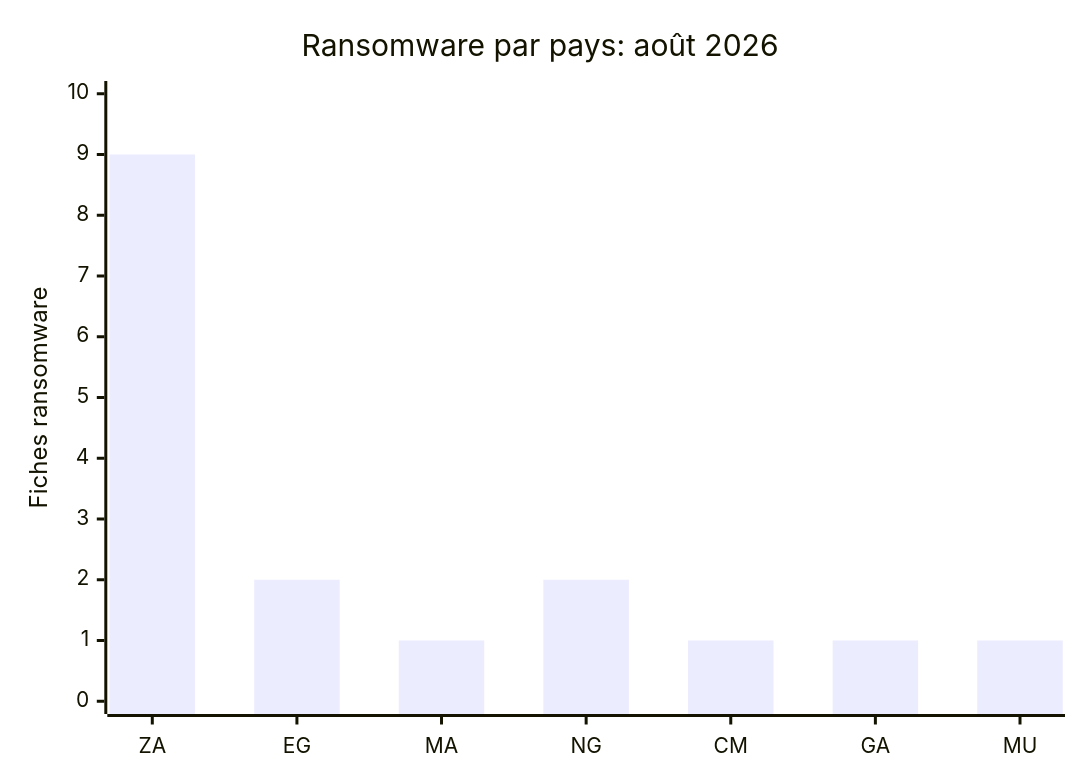
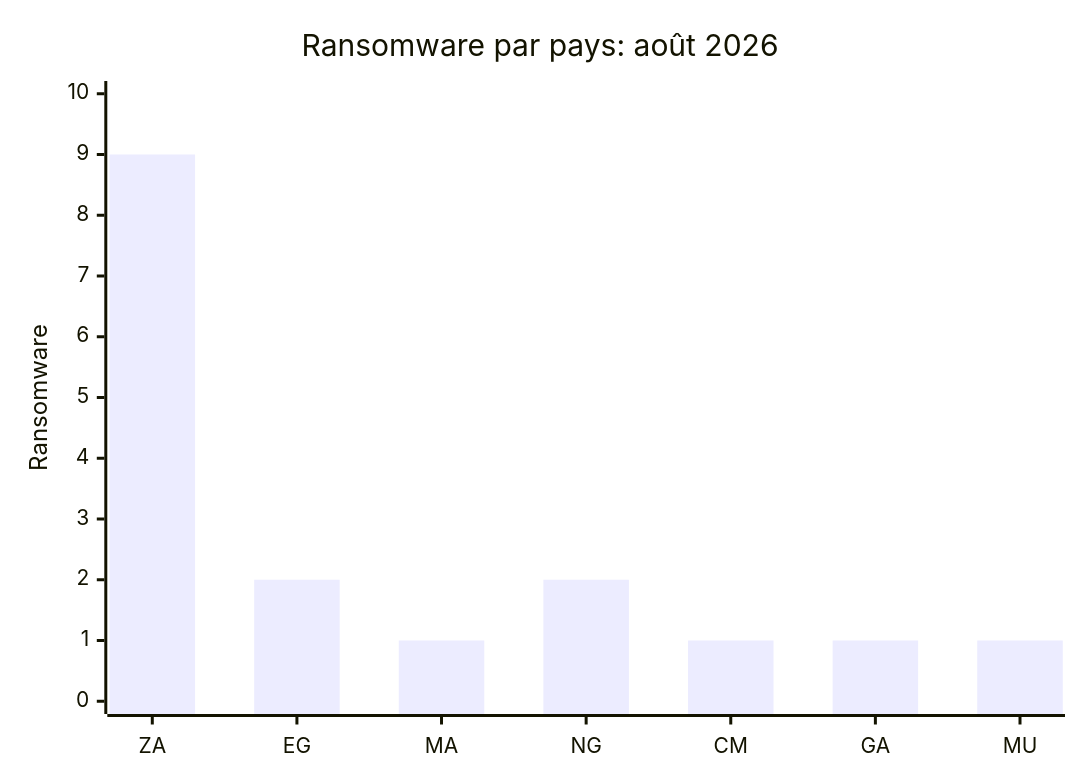
Before and after one commit to Hatchepsoute/AFRINTEL: the fourth of 10 diagrams in CyberAttackAfrica/2026/08-august/README_FR.md, drawn with Mermaid. The commit also changed other lines of this file and 1 other file, not shown here.

````diff
--- a/CyberAttackAfrica/2026/08-august/README_FR.md
+++ b/CyberAttackAfrica/2026/08-august/README_FR.md
@@ -152,7 +179,7 @@
 ```mermaid
 xychart-beta
     title "Ransomware par pays: août 2026"
     x-axis ["ZA", "EG", "MA", "NG", "CM", "GA", "MU"]
-    y-axis "Fiches ransomware" 0 --> 10
+    y-axis "Ransomware" 0 --> 10
     bar [9, 2, 1, 2, 1, 1, 1]
 ```
````
